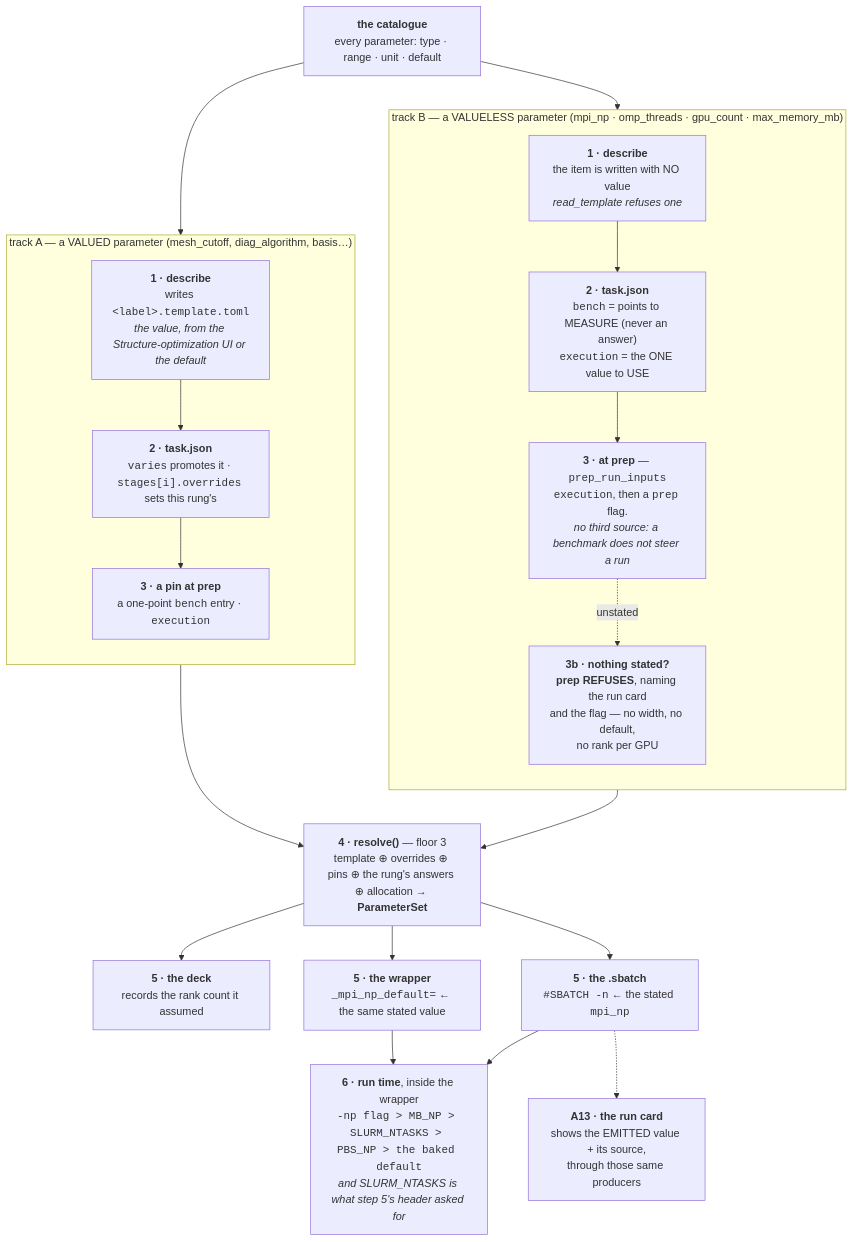
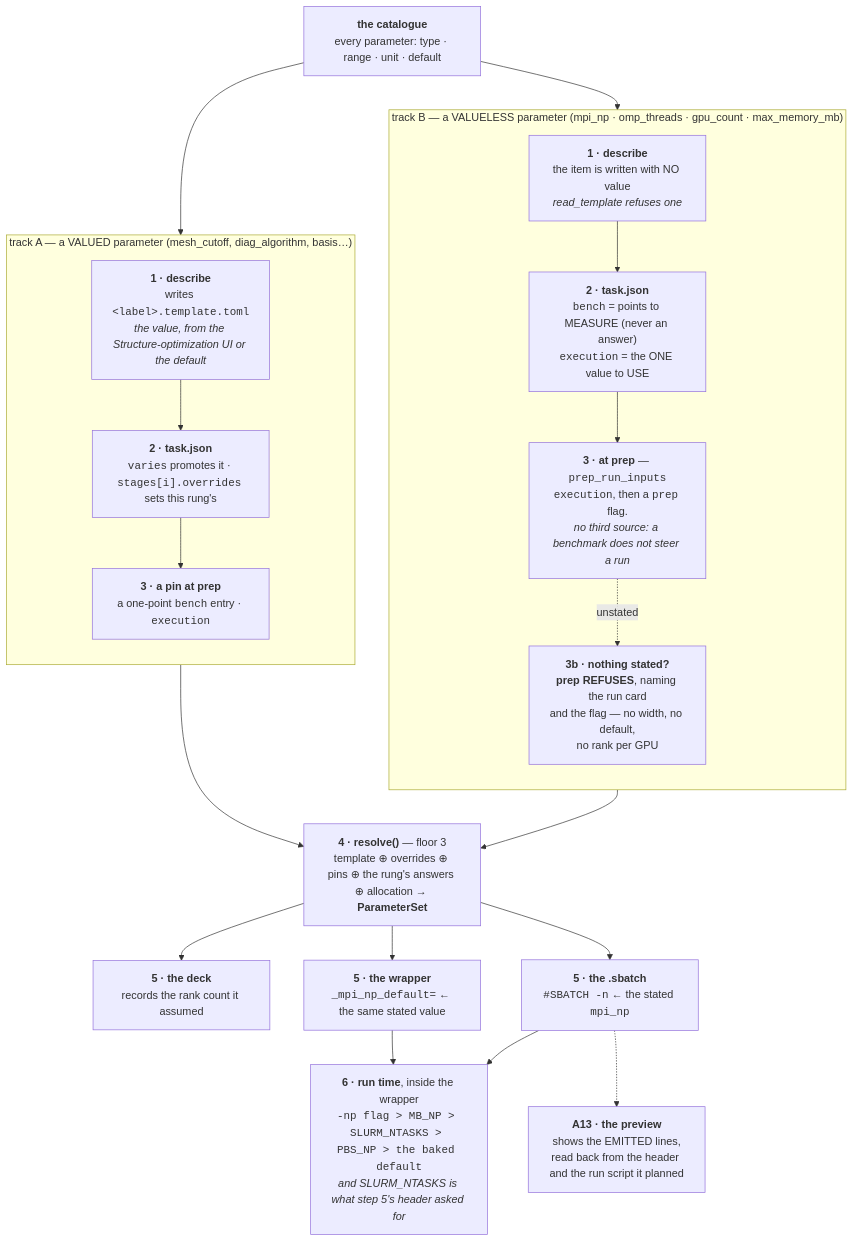
Before and after one commit to Qing-LAB/molbuilder: the sixth of 10 diagrams in docs/execution/architecture.md, drawn with Mermaid. The commit also changed other lines of this file and 44 other files, not shown here.

````diff
--- a/docs/execution/architecture.md
+++ b/docs/execution/architecture.md
@@ -648,40 +648,40 @@
 ```mermaid
 flowchart TB
     CAT["<b>the catalogue</b><br/>every parameter: type · range · unit · default"]
 
     subgraph VAL["track A — a VALUED parameter (mesh_cutoff, diag_algorithm, basis…)"]
         direction TB
         A1["<b>1 · describe</b><br/>writes <code>&lt;label&gt;.template.toml</code><br/><i>the value, from the Structure-optimization UI or the default</i>"]
         A2["<b>2 · task.json</b><br/><code>varies</code> promotes it · <code>stages[i].overrides</code> sets this rung's"]
         A3["<b>3 · a pin at prep</b><br/>a one-point <code>bench</code> entry · <code>execution</code>"]
         A1 --> A2 --> A3
     end
 
     subgraph MACH["track B — a VALUELESS parameter (mpi_np · omp_threads · gpu_count · max_memory_mb)"]
         direction TB
         B1["<b>1 · describe</b><br/>the item is written with NO value<br/><i>read_template refuses one</i>"]
         B2["<b>2 · task.json</b><br/><code>bench</code> = points to MEASURE (never an answer)<br/><code>execution</code> = the ONE value to USE"]
         B3["<b>3 · at prep</b> — <code>prep_run_inputs</code><br/><code>execution</code>, then a <code>prep</code> flag.<br/><i>no third source: a benchmark does not steer a run</i>"]
         B4["<b>3b · nothing stated?</b><br/><b>prep REFUSES</b>, naming the run card<br/>and the flag — no width, no default,<br/>no rank per GPU"]
         B1 --> B2 --> B3
         B3 -.->|"unstated"| B4
     end
 
     RES["<b>4 · resolve()</b> — floor 3<br/>template ⊕ overrides ⊕ pins ⊕ the rung's answers ⊕ allocation → <b>ParameterSet</b>"]
     DECK["<b>5 · the deck</b><br/>records the rank count it assumed"]
     SB["<b>5 · the .sbatch</b><br/><code>#SBATCH -n</code> ← the stated <code>mpi_np</code>"]
     WRAP["<b>5 · the wrapper</b><br/><code>_mpi_np_default=</code> ← the same stated value"]
     RUN["<b>6 · run time</b>, inside the wrapper<br/><code>-np flag &gt; MB_NP &gt; SLURM_NTASKS &gt; PBS_NP &gt; the baked default</code><br/><i>and SLURM_NTASKS is what step 5's header asked for</i>"]
-    CARD["<b>A13 · the run card</b><br/>shows the EMITTED value + its source,<br/>through those same producers"]
+    CARD["<b>A13 · the preview</b><br/>shows the EMITTED lines,<br/>read back from the header and the run script it planned"]
 
     CAT --> A1
     CAT --> B1
     A3 --> RES
     B3 --> RES
     RES --> DECK
     RES --> SB
     RES --> WRAP
     SB --> RUN
     WRAP --> RUN
     SB -.-> CARD
 ```
````
